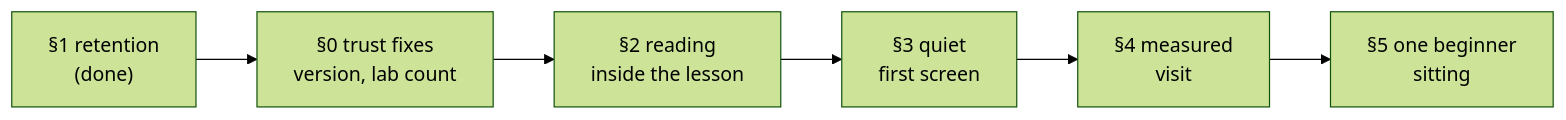
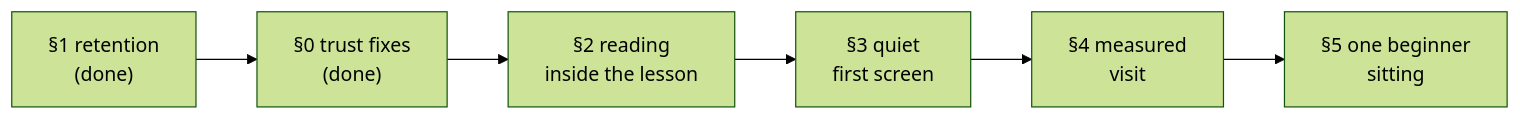
Before and after one commit to TLE47/Mechatronics-Roadmap: the diagram in docs/PLAN-2.1a.md, drawn with Mermaid (forest theme). The commit also changed other lines of this file and 11 other files, not shown here.

````diff
--- a/docs/PLAN-2.1a.md
+++ b/docs/PLAN-2.1a.md
@@ -12,8 +12,8 @@
 ```mermaid
 flowchart LR
-    R["§1 retention<br/>(done)"] --> T["§0 trust fixes<br/>version, lab count"]
+    R["§1 retention<br/>(done)"] --> T["§0 trust fixes<br/>(done)"]
     T --> RD["§2 reading<br/>inside the lesson"]
     RD --> Q["§3 quiet<br/>first screen"]
     Q --> M["§4 measured<br/>visit"]
     M --> P["§5 one beginner<br/>sitting"]
 ```
````
